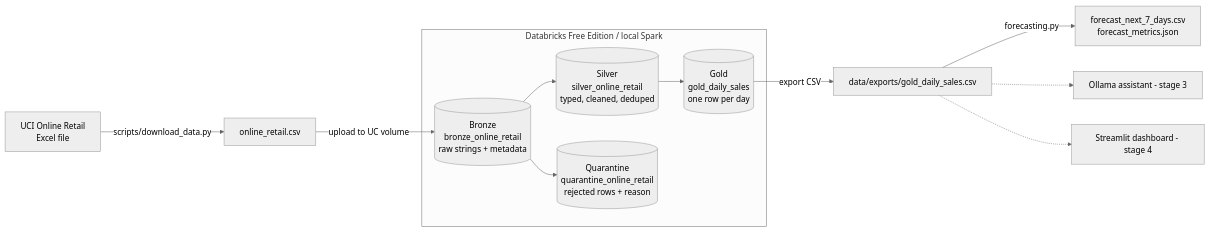
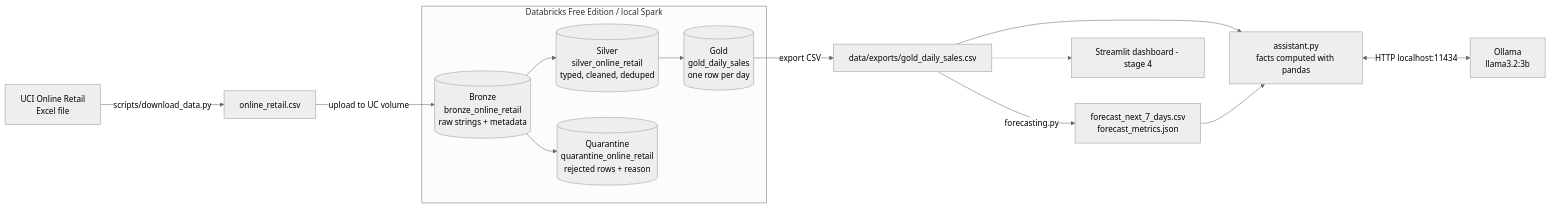
The diagram in README.md (vishalreddy9514/ai-retail-analytics), drawn with Mermaid (neutral theme) before and after one commit. The commit also changed other lines of this file and 2 other files, not shown here.

First line of the commit message:
Stage 3: local Ollama assistant grounded in the Gold metrics and forecast

````diff
--- a/README.md
+++ b/README.md
@@ -16,14 +16,16 @@
 ```mermaid
 flowchart LR
     UCI[UCI Online Retail<br/>Excel file] -->|scripts/download_data.py| CSV[online_retail.csv]
     CSV -->|upload to UC volume| B
     subgraph Databricks Free Edition / local Spark
         B[(Bronze<br/>bronze_online_retail<br/>raw strings + metadata)] --> S[(Silver<br/>silver_online_retail<br/>typed, cleaned, deduped)]
         B --> Q[(Quarantine<br/>quarantine_online_retail<br/>rejected rows + reason)]
         S --> G[(Gold<br/>gold_daily_sales<br/>one row per day)]
     end
     G -->|export CSV| E[data/exports/gold_daily_sales.csv]
     E -->|forecasting.py| F[forecast_next_7_days.csv<br/>forecast_metrics.json]
-    E -.-> L[Ollama assistant - stage 3]
+    E --> L[assistant.py<br/>facts computed with pandas]
+    F --> L
+    L <-->|HTTP localhost:11434| O[Ollama<br/>llama3.2:3b]
     E -.-> D[Streamlit dashboard - stage 4]
 ```
````
